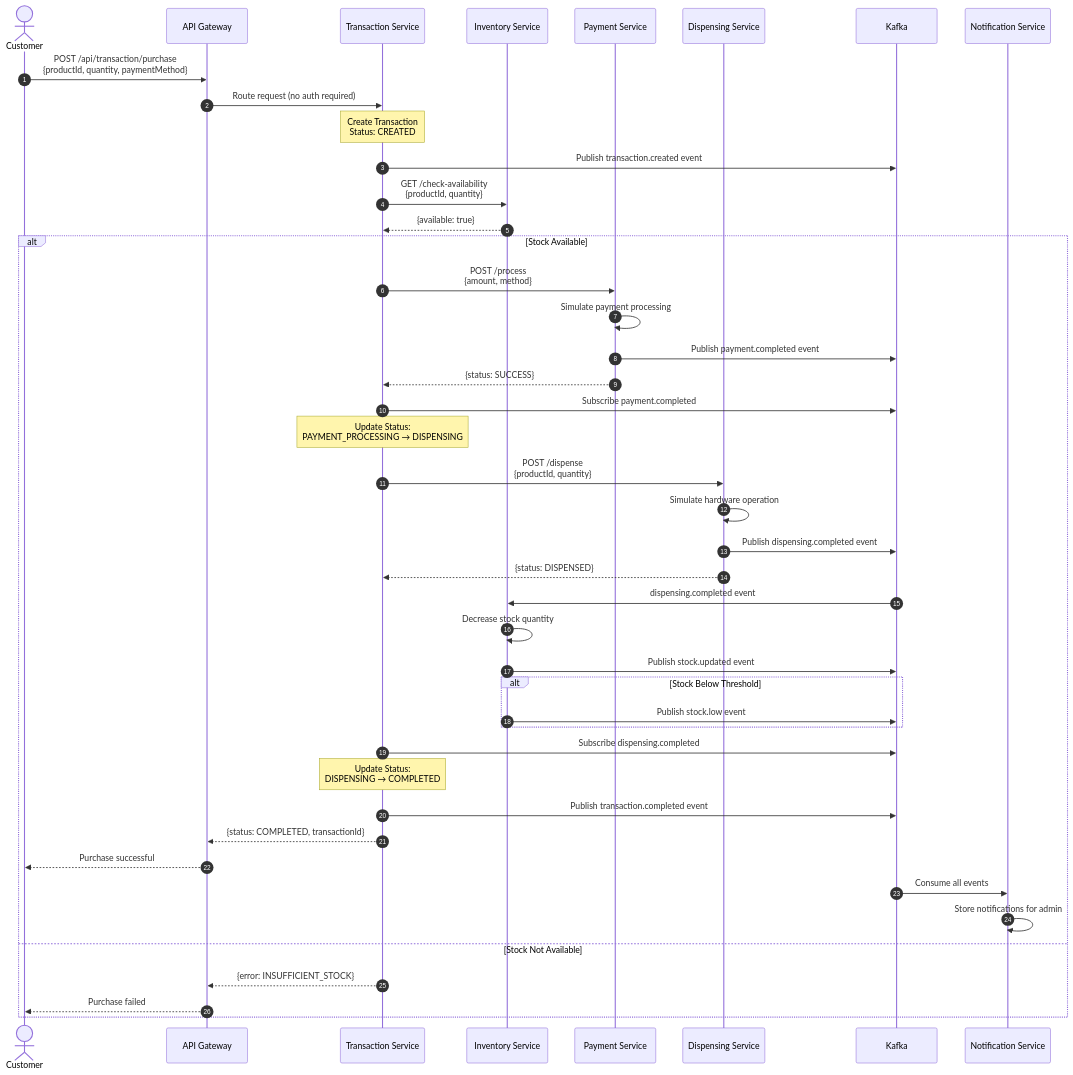
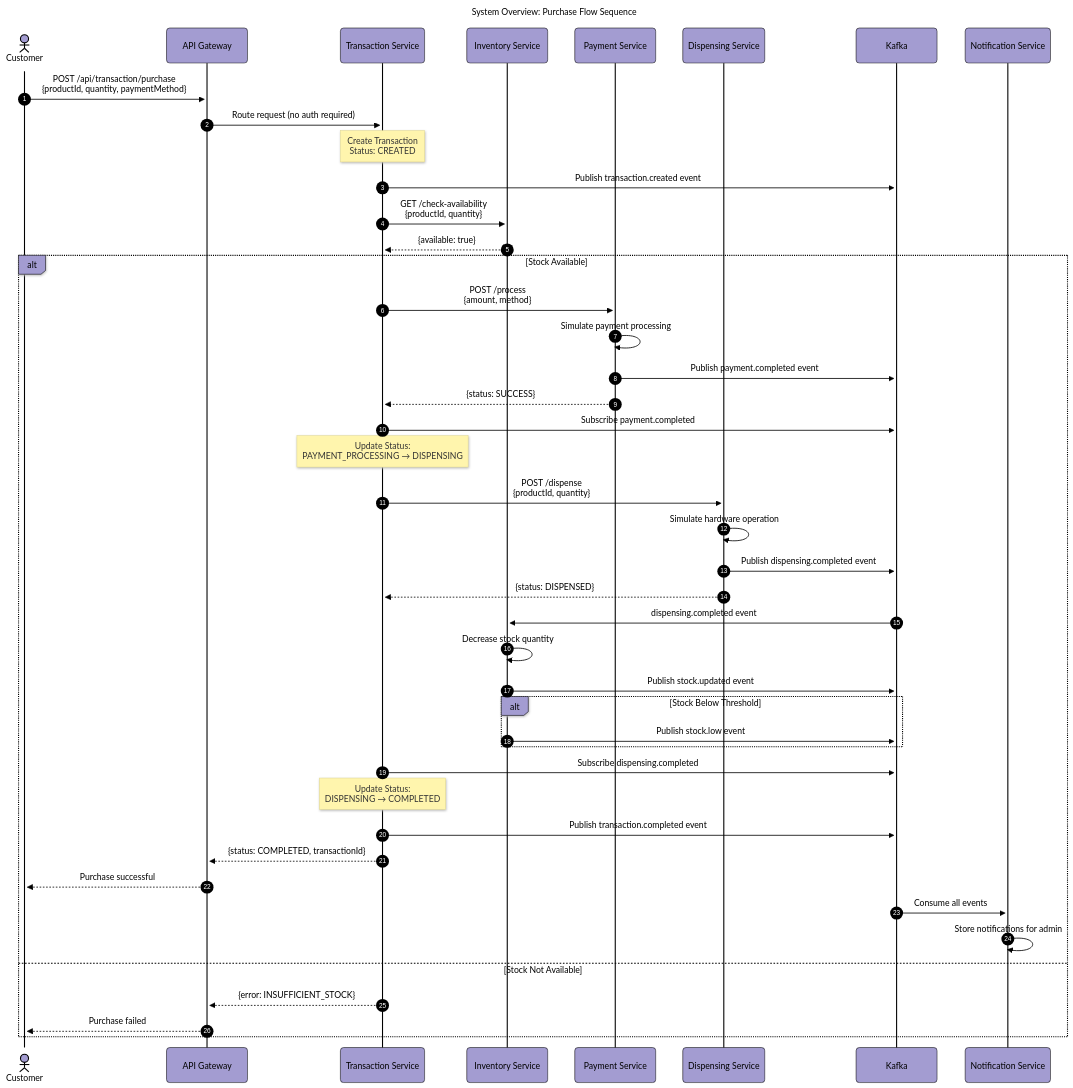
The second of 8 diagrams in Documentation/diagrams/system-overview.md (BrunoGil-AS/Vending-Machine-Microservices), drawn with Mermaid before and after one commit. The commit also changed other lines of this file and 7 other files, not shown here.

Commit message:
docs: Update service diagrams with new configurations and titles

````diff
--- a/Documentation/diagrams/system-overview.md
+++ b/Documentation/diagrams/system-overview.md
@@ -108,59 +122,73 @@
 ```mermaid
+---
+config:
+  theme: base
+  themeVariables:
+    primaryColor: '#a39cd1ff'
+    primaryTextColor: '#000000'
+    secondaryTextColor: '#ffffffff'
+    primaryBorderColor: '#000000'
+    lineColor: '#000000ff'
+    secondaryColor: '#90b590ff'
+    tertiaryColor: '#f9f6a1ff'
+  look: neo
+title: 'System Overview: Purchase Flow Sequence'
+---
 sequenceDiagram
     autonumber
     actor Customer
     participant Gateway as API Gateway
     participant Transaction as Transaction Service
     participant Inventory as Inventory Service
     participant Payment as Payment Service
     participant Dispensing as Dispensing Service
     participant Kafka
     participant Notification as Notification Service
 
     Customer->>Gateway: POST /api/transaction/purchase<br/>{productId, quantity, paymentMethod}
     Gateway->>Transaction: Route request (no auth required)
 
     Note over Transaction: Create Transaction<br/>Status: CREATED
     Transaction->>Kafka: Publish transaction.created event
 
     Transaction->>Inventory: GET /check-availability<br/>{productId, quantity}
     Inventory-->>Transaction: {available: true}
 
     alt Stock Available
         Transaction->>Payment: POST /process<br/>{amount, method}
         Payment->>Payment: Simulate payment processing
         Payment->>Kafka: Publish payment.completed event
         Payment-->>Transaction: {status: SUCCESS}
 
         Transaction->>Kafka: Subscribe payment.completed
         Note over Transaction: Update Status:<br/>PAYMENT_PROCESSING → DISPENSING
 
         Transaction->>Dispensing: POST /dispense<br/>{productId, quantity}
         Dispensing->>Dispensing: Simulate hardware operation
         Dispensing->>Kafka: Publish dispensing.completed event
         Dispensing-->>Transaction: {status: DISPENSED}
 
         Kafka->>Inventory: dispensing.completed event
         Inventory->>Inventory: Decrease stock quantity
         Inventory->>Kafka: Publish stock.updated event
 
         alt Stock Below Threshold
             Inventory->>Kafka: Publish stock.low event
         end
 
         Transaction->>Kafka: Subscribe dispensing.completed
         Note over Transaction: Update Status:<br/>DISPENSING → COMPLETED
 
         Transaction->>Kafka: Publish transaction.completed event
 
         Transaction-->>Gateway: {status: COMPLETED, transactionId}
         Gateway-->>Customer: Purchase successful
 
         Kafka->>Notification: Consume all events
         Notification->>Notification: Store notifications for admin
 
     else Stock Not Available
         Transaction-->>Gateway: {error: INSUFFICIENT_STOCK}
         Gateway-->>Customer: Purchase failed
     end
 ```
````
